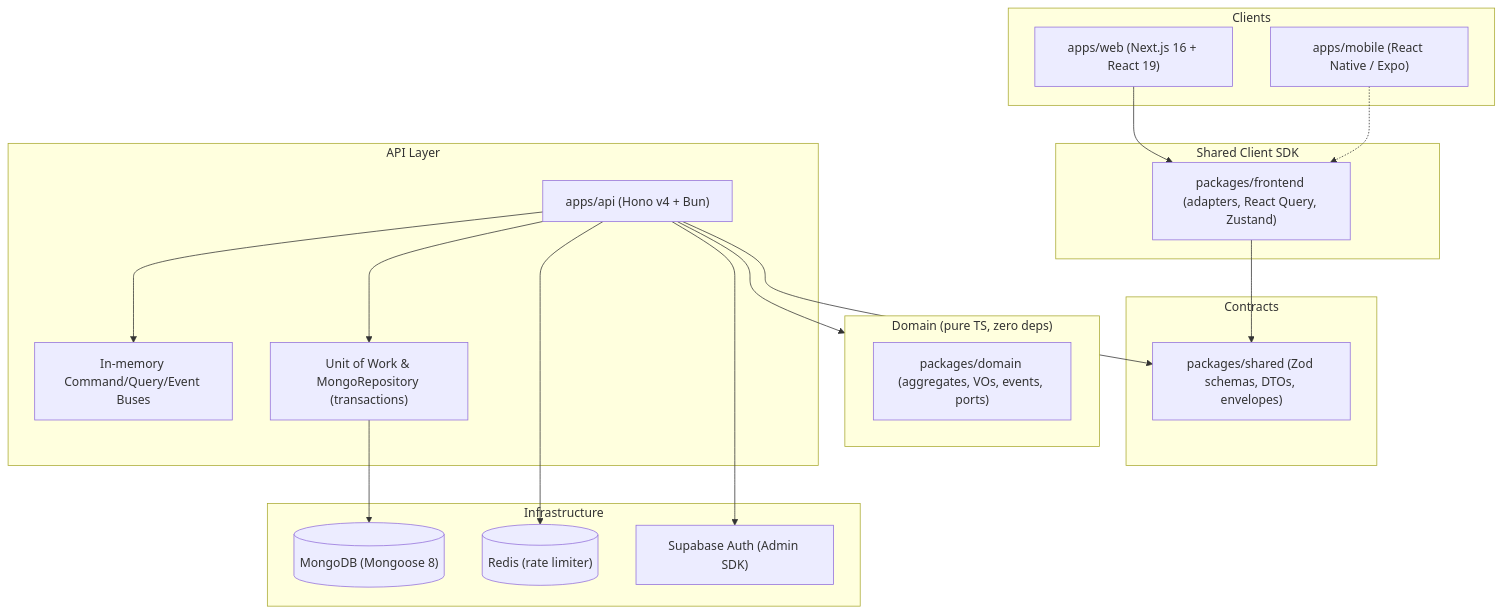
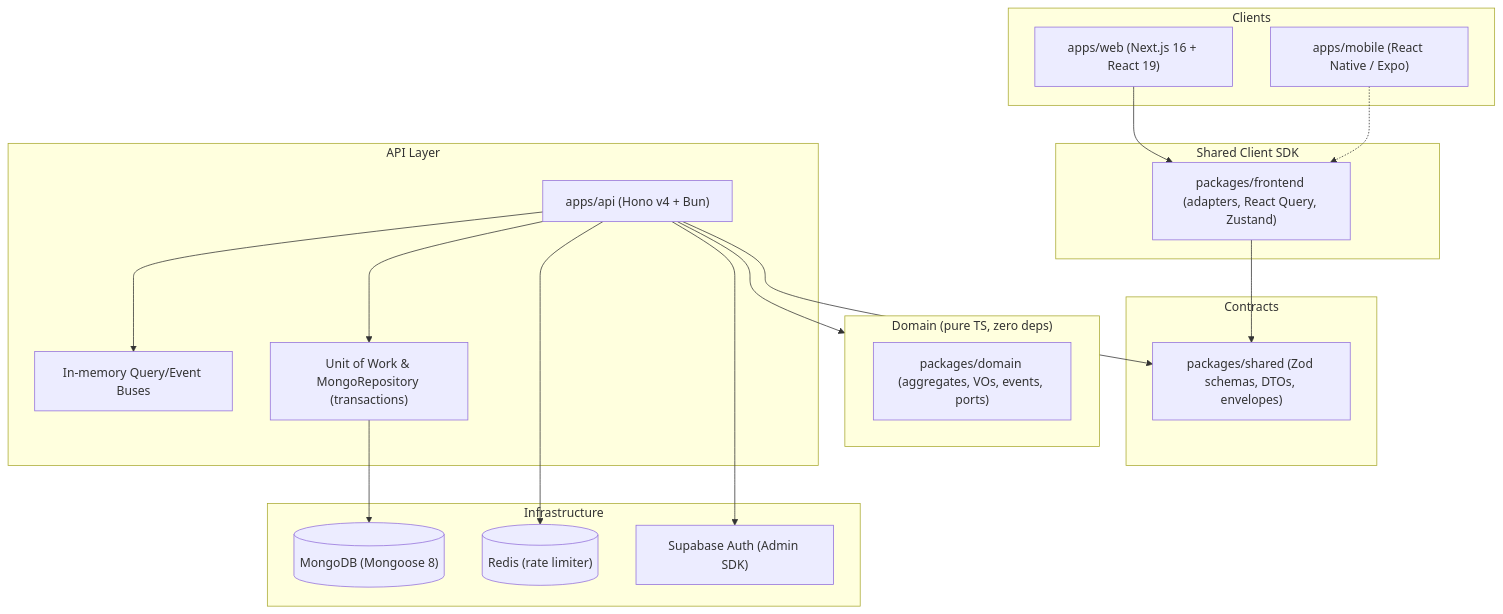
Before and after one commit to pikarepo/ecomerece: the first of 6 diagrams in README.md, drawn with Mermaid. The commit also changed other lines of this file and 399 other files, not shown here.

````diff
--- a/README.md
+++ b/README.md
@@ -92,42 +94,42 @@
 ```mermaid
 flowchart TB
     subgraph Clients["Clients"]
         Web["apps/web (Next.js 16 + React 19)"]
         Mobile["apps/mobile (React Native / Expo)"]
     end
 
     subgraph Sdk["Shared Client SDK"]
         FrontendPkg["packages/frontend (adapters, React Query, Zustand)"]
     end
 
     subgraph Contracts["Contracts"]
         Shared["packages/shared (Zod schemas, DTOs, envelopes)"]
     end
 
     subgraph Domain["Domain (pure TS, zero deps)"]
         DomainPkg["packages/domain (aggregates, VOs, events, ports)"]
     end
 
     subgraph Api["API Layer"]
         API["apps/api (Hono v4 + Bun)"]
-        Buses["In-memory Command/Query/Event Buses"]
+        Buses["In-memory Query/Event Buses"]
         UoW["Unit of Work & MongoRepository (transactions)"]
     end
 
     subgraph Infra["Infrastructure"]
         Mongo[("MongoDB (Mongoose 8)")]
         Redis[("Redis (rate limiter)")]
         Supabase["Supabase Auth (Admin SDK)"]
     end
 
     Web --> FrontendPkg
     Mobile -.-> FrontendPkg
     FrontendPkg --> Shared
     API --> Shared
     API --> Domain
     API --> UoW
     API --> Buses
     UoW --> Mongo
     API --> Redis
     API --> Supabase
 ```
````
